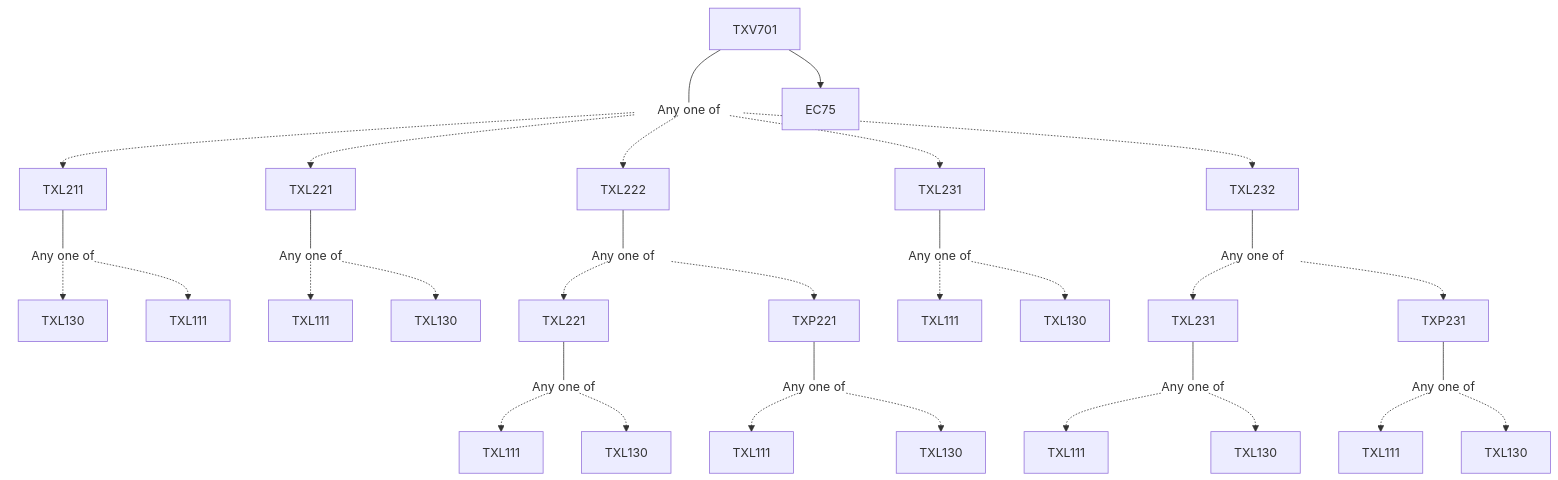
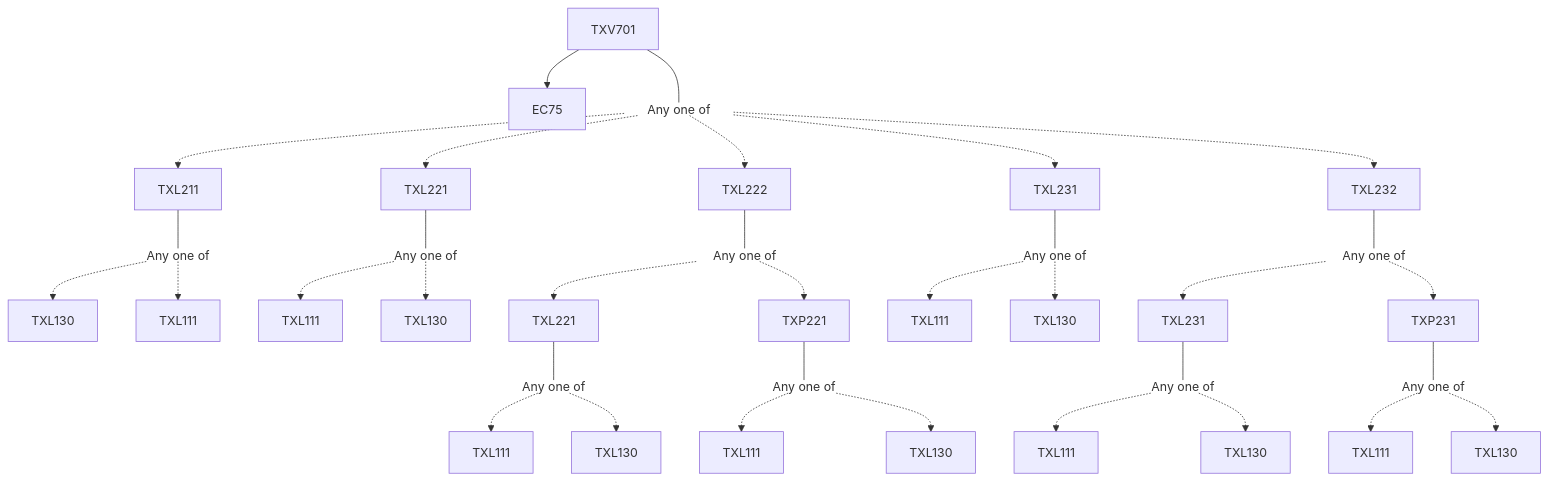
One commit to KeshavBansal0122/CoS_Website changed the diagram in content/Textile and Fibre Engineering/TXV701.md. Above: the diagram before and after it, drawn with Mermaid. The commit also changed other lines of this file and 392 other files, not shown here.

````diff
--- a/content/Textile and Fibre Engineering/TXV701.md
+++ b/content/Textile and Fibre Engineering/TXV701.md
@@ -13,41 +13,41 @@
 ```mermaid
 flowchart TD
 TXV701-1962[TXV701]
+TXV701-1962 --> EC75-1962[EC75]
 TXV701-1962 --- Or1963[Any one of]:::empty
+Or1963 -.-> TXL211-1964[TXL211]
 TXL211-1964 --- Or1965[Any one of]:::empty
 Or1965 -.-> TXL130-1966[TXL130]
 Or1965 -.-> TXL111-1967[TXL111]
-Or1963 -.-> TXL211-1964[TXL211]
+Or1963 -.-> TXL221-1968[TXL221]
 TXL221-1968 --- Or1969[Any one of]:::empty
 Or1969 -.-> TXL111-1970[TXL111]
 Or1969 -.-> TXL130-1971[TXL130]
-Or1963 -.-> TXL221-1968[TXL221]
-Or1963 -.-> TXL222-1972[TXL222]
 TXL222-1972 --- Or1973[Any one of]:::empty
+Or1973 -.-> TXL221-1974[TXL221]
 TXL221-1974 --- Or1975[Any one of]:::empty
 Or1975 -.-> TXL111-1976[TXL111]
 Or1975 -.-> TXL130-1977[TXL130]
-Or1973 -.-> TXL221-1974[TXL221]
+Or1973 -.-> TXP221-1978[TXP221]
 TXP221-1978 --- Or1979[Any one of]:::empty
 Or1979 -.-> TXL111-1980[TXL111]
 Or1979 -.-> TXL130-1981[TXL130]
-Or1973 -.-> TXP221-1978[TXP221]
+Or1963 -.-> TXL222-1972[TXL222]
+Or1963 -.-> TXL231-1982[TXL231]
 TXL231-1982 --- Or1983[Any one of]:::empty
 Or1983 -.-> TXL111-1984[TXL111]
 Or1983 -.-> TXL130-1985[TXL130]
-Or1963 -.-> TXL231-1982[TXL231]
 Or1963 -.-> TXL232-1986[TXL232]
 TXL232-1986 --- Or1987[Any one of]:::empty
 Or1987 -.-> TXL231-1988[TXL231]
 TXL231-1988 --- Or1989[Any one of]:::empty
 Or1989 -.-> TXL111-1990[TXL111]
 Or1989 -.-> TXL130-1991[TXL130]
 TXP231-1992 --- Or1993[Any one of]:::empty
 Or1993 -.-> TXL111-1994[TXL111]
 Or1993 -.-> TXL130-1995[TXL130]
 Or1987 -.-> TXP231-1992[TXP231]
-TXV701-1962 --> EC75-1962[EC75]
 
 classDef empty height:17px, fill:transparent, stroke:transparent;
 classDef trueEmpty height:0px, width:0px;
 ```
````
